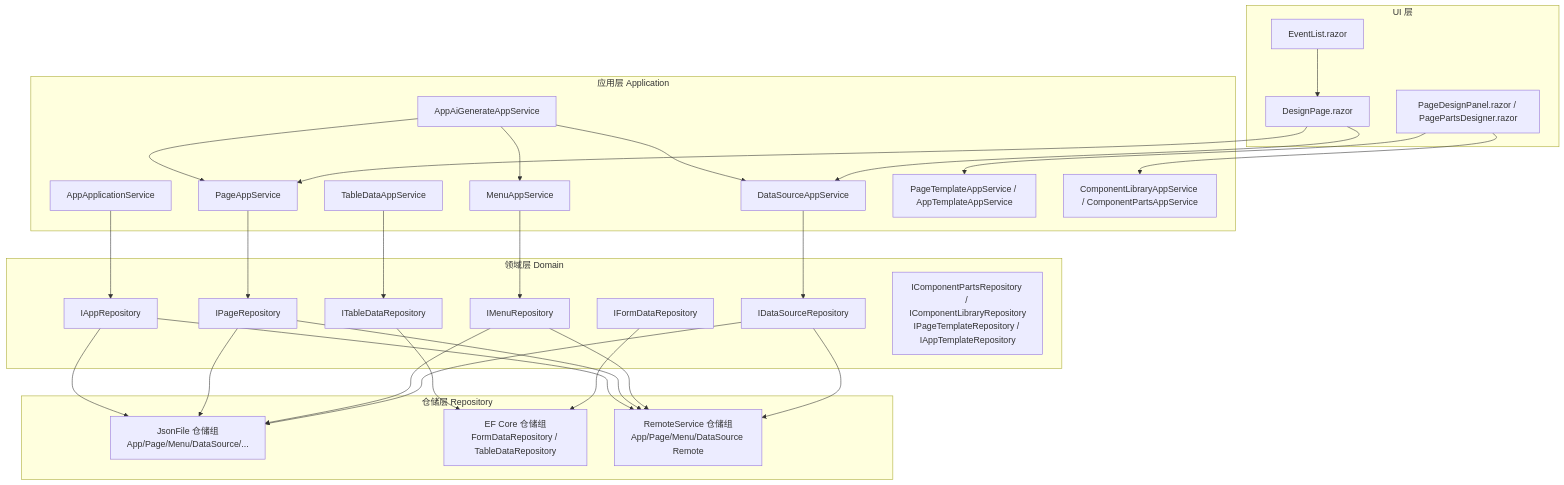
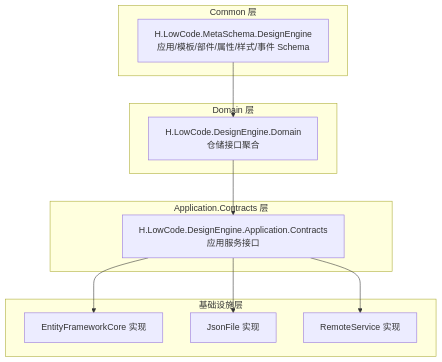
The first of 8 diagrams in .qoder/repowiki/zh/content/低代码平台/设计引擎/设计引擎.md (openlowcodelab/lowcode), drawn with Mermaid before and after one commit. The commit also changed other lines of this file and 223 other files, not shown here.

````diff
--- a/.qoder/repowiki/zh/content/低代码平台/设计引擎/设计引擎.md
+++ b/.qoder/repowiki/zh/content/低代码平台/设计引擎/设计引擎.md
@@ -103,61 +73,26 @@
 ```mermaid
 graph TB
-    subgraph "领域层 Domain"
-        D_App["IAppRepository"]
-        D_Page["IPageRepository"]
-        D_Menu["IMenuRepository"]
-        D_Datasource["IDataSourceRepository"]
-        D_Table["ITableDataRepository"]
-        D_Form["IFormDataRepository"]
-        D_Parts["IComponentPartsRepository / IComponentLibraryRepository<br/>IPageTemplateRepository / IAppTemplateRepository"]
+    subgraph "Common 层"
+        Meta["H.LowCode.MetaSchema.DesignEngine<br/>应用/模板/部件/属性/样式/事件 Schema"]
     end
 
-    subgraph "应用层 Application"
-        A_App["AppApplicationService"]
-        A_Page["PageAppService"]
-        A_Menu["MenuAppService"]
-        A_Datasource["DataSourceAppService"]
-        A_Table["TableDataAppService"]
-        A_Ai["AppAiGenerateAppService"]
-        A_Template["PageTemplateAppService / AppTemplateAppService"]
-        A_Component["ComponentLibraryAppService / ComponentPartsAppService"]
+    subgraph "Domain 层"
+        Domain["H.LowCode.DesignEngine.Domain<br/>仓储接口聚合"]
     end
 
-    subgraph "仓储层 Repository"
-        R_Json["JsonFile 仓储组<br/>App/Page/Menu/DataSource/..."]
-        R_EF["EF Core 仓储组<br/>FormDataRepository / TableDataRepository"]
-        R_Remote["RemoteService 仓储组<br/>App/Page/Menu/DataSource Remote"]
+    subgraph "Application.Contracts 层"
+        Contracts["H.LowCode.DesignEngine.Application.Contracts<br/>应用服务接口"]
     end
 
-    subgraph "UI 层"
-        UI_Design["DesignPage.razor"]
-        UI_Event["EventList.razor"]
-        UI_Parts["PageDesignPanel.razor / PagePartsDesigner.razor"]
+    subgraph "基础设施层"
+        EF["EntityFrameworkCore 实现"]
+        Json["JsonFile 实现"]
+        Remote["RemoteService 实现"]
     end
 
-    A_App --> D_App
-    A_Page --> D_Page
-    A_Menu --> D_Menu
-    A_Datasource --> D_Datasource
-    A_Table --> D_Table
-    A_Ai --> A_Page
-    A_Ai --> A_Menu
-    A_Ai --> A_Datasource
-
-    D_App --> R_Json
-    D_Page --> R_Json
-    D_Menu --> R_Json
-    D_Datasource --> R_Json
-    D_Table --> R_EF
-    D_Form --> R_EF
-    D_App --> R_Remote
-    D_Page --> R_Remote
-    D_Menu --> R_Remote
-    D_Datasource --> R_Remote
-
-    UI_Design --> A_Page
-    UI_Design --> A_Datasource
-    UI_Event --> UI_Design
-    UI_Parts --> A_Template
-    UI_Parts --> A_Component
+    Meta --> Domain
+    Domain --> Contracts
+    Contracts --> EF
+    Contracts --> Json
+    Contracts --> Remote
 ```
````
